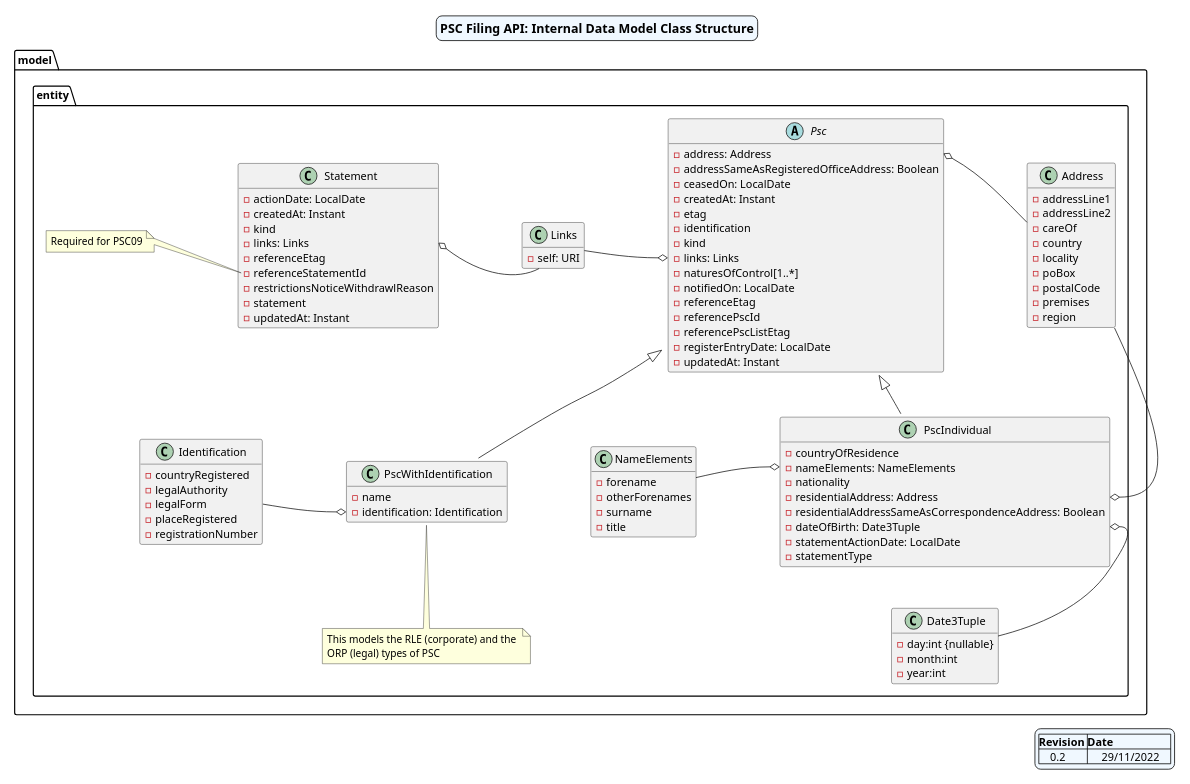
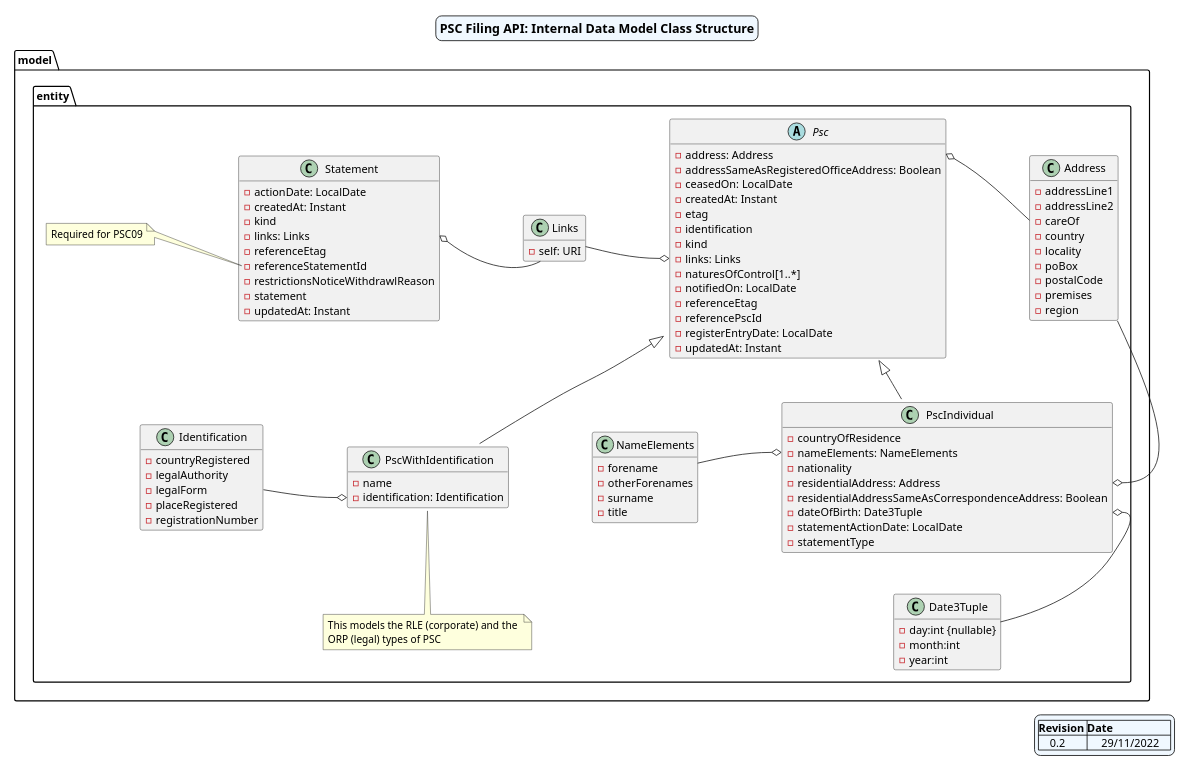
Before and after one commit to companieshouse/psc-filing-api: the diagram in docs/Internal Data Model of PSC Classes.puml, drawn with PlantUML. The commit also changed 15 other files, not shown here.

```diff
--- a/docs/Internal Data Model of PSC Classes.puml
+++ b/docs/Internal Data Model of PSC Classes.puml
@@ -1,132 +1,131 @@
 @startuml
 skinparam linetype poly
 skinparam nodesep 100 /' horizontal separator '/
 skinparam ranksep 50 /' vertical separator '/
 skinparam titleBorderRoundCorner 15
 skinparam titleBorderThickness 1
 skinparam titleBorderColor black
 skinparam titleBackgroundColor AliceBlue
 skinparam groupInheritance 1
 scale 800 width
 hide empty members
 'hide circle'
 skinparam titleFontSize 16
 skinparam legendBackgroundColor AliceBlue
 
 title PSC Filing API: Internal Data Model Class Structure
 legend right
 |=Revision |=Date |
 |    0.2    |     29/11/2022    |
 end legend
 
     package "model" {
 
         package "entity" {
 
             class Address {
                 -addressLine1
                 -addressLine2
                 -careOf
                 -country
                 -locality
                 -poBox
                 -postalCode
                 -premises
                 -region
             }
 
             class Date3Tuple {
                 -day:int {nullable}
                 -month:int
                 -year:int
             }
 /'            note right of Date3Tuple
                day is null
                for partial DOB
             end note'/
 
             class Identification {
                 -countryRegistered
                 -legalAuthority
                 -legalForm
                 -placeRegistered
                 -registrationNumber
             }
 
             class NameElements {
                 -forename
                 -otherForenames
                 -surname
                 -title
             }
 
             class Statement {
                 -actionDate: LocalDate
                 -createdAt: Instant
                 -kind
                 -links: Links
                 -referenceEtag
                 -referenceStatementId
                 -restrictionsNoticeWithdrawlReason
                 -statement
                 -updatedAt: Instant
             }
 
           note left of Statement::referenceStatementId
                 Required for PSC09
            end note
 
             abstract class Psc {
                 -address: Address
                 -addressSameAsRegisteredOfficeAddress: Boolean
                 -ceasedOn: LocalDate
                 -createdAt: Instant
                 -etag
                 -identification
                 -kind
                 -links: Links
                 -naturesOfControl[1..*]
                 -notifiedOn: LocalDate
                 -referenceEtag
                 -referencePscId
-                -referencePscListEtag
                 -registerEntryDate: LocalDate
                 -updatedAt: Instant
             }
 
             class PscWithIdentification {
                 -name
                 -identification: Identification
             }
           note "This models the RLE (corporate) and the \nORP (legal) types of PSC" as Note1
           PscWithIdentification .. Note1
 
             class PscIndividual {
                 -countryOfResidence
                 -nameElements: NameElements
                 -nationality
                 -residentialAddress: Address
                 -residentialAddressSameAsCorrespondenceAddress: Boolean
                 -dateOfBirth: Date3Tuple
                 -statementActionDate: LocalDate
                 -statementType
             }
 
             class Links {
                 -self: URI
             }
 
             Psc <|-- PscWithIdentification
             Psc <|-- PscIndividual
             NameElements -o PscIndividual::nameElements
             Identification -o PscWithIdentification::identification
             Psc::address o- Address
             Address --o PscIndividual::residentialAddress
             PscIndividual::dateOfBirth o-- Date3Tuple
             Links -o Psc::links
             Statement::links o- Links
 
         }
     }
 
 @enduml
```
